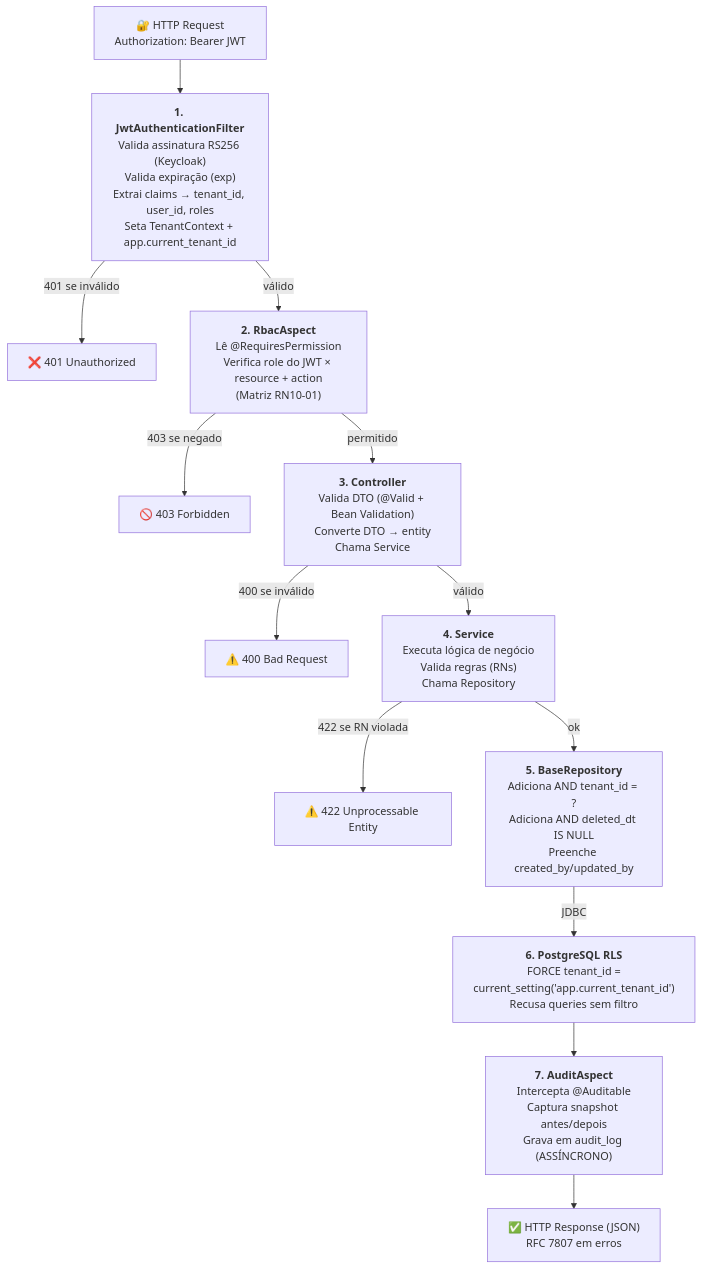
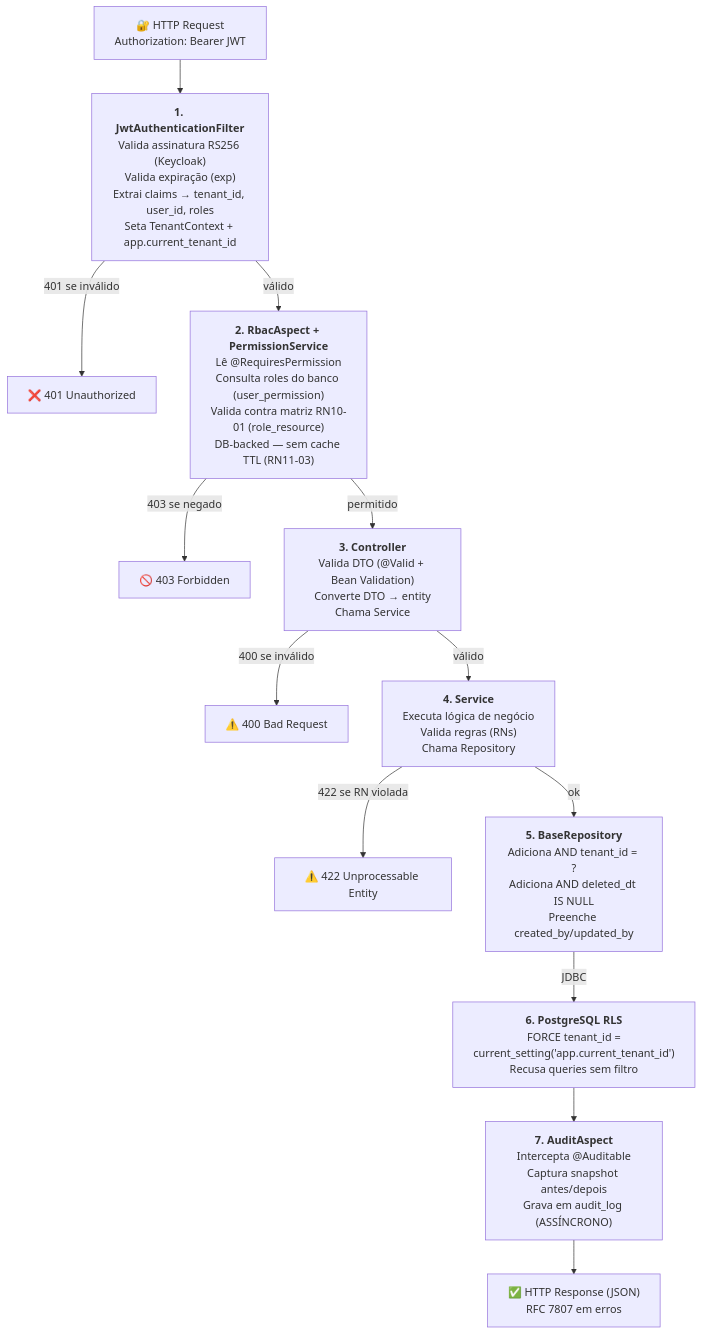
The fifth of 8 diagrams in backend/java/spring/microservices/ms-fbso-platform-admin/.specs/business-projects/PRJ-FIN-2026-0003-SAAS-FBSO-ORG/ARCHITECTURE.md (bolismar69/workspace-fbso), drawn with Mermaid before and after one commit. The commit also changed other lines of this file and 27 other files, not shown here.

````diff
--- a/backend/java/spring/microservices/ms-fbso-platform-admin/.specs/business-projects/PRJ-FIN-2026-0003-SAAS-FBSO-ORG/ARCHITECTURE.md
+++ b/backend/java/spring/microservices/ms-fbso-platform-admin/.specs/business-projects/PRJ-FIN-2026-0003-SAAS-FBSO-ORG/ARCHITECTURE.md
@@ -352,15 +352,15 @@
 ```mermaid
 flowchart TD
     req["🔐 HTTP Request<br/>Authorization: Bearer JWT"] --> jwtFilter["<b>1. JwtAuthenticationFilter</b><br/>Valida assinatura RS256 (Keycloak)<br/>Valida expiração (exp)<br/>Extrai claims → tenant_id, user_id, roles<br/>Seta TenantContext + app.current_tenant_id"]
     jwtFilter -->|"401 se inválido"| error401["❌ 401 Unauthorized"]
-    jwtFilter -->|"válido"| rbac["<b>2. RbacAspect</b><br/>Lê @RequiresPermission<br/>Verifica role do JWT × resource + action<br/>(Matriz RN10-01)"]
+    jwtFilter -->|"válido"| rbac["<b>2. RbacAspect + PermissionService</b><br/>Lê @RequiresPermission<br/>Consulta roles do banco (user_permission)<br/>Valida contra matriz RN10-01 (role_resource)<br/>DB-backed — sem cache TTL (RN11-03)"]
     rbac -->|"403 se negado"| error403["🚫 403 Forbidden"]
     rbac -->|"permitido"| controller["<b>3. Controller</b><br/>Valida DTO (@Valid + Bean Validation)<br/>Converte DTO → entity<br/>Chama Service"]
     controller -->|"400 se inválido"| error400["⚠️ 400 Bad Request"]
     controller -->|"válido"| service["<b>4. Service</b><br/>Executa lógica de negócio<br/>Valida regras (RNs)<br/>Chama Repository"]
     service -->|"422 se RN violada"| error422["⚠️ 422 Unprocessable Entity"]
     service -->|"ok"| repo["<b>5. BaseRepository</b><br/>Adiciona AND tenant_id = ?<br/>Adiciona AND deleted_dt IS NULL<br/>Preenche created_by/updated_by"]
     repo -->|"JDBC"| rls["<b>6. PostgreSQL RLS</b><br/>FORCE tenant_id =<br/>current_setting('app.current_tenant_id')<br/>Recusa queries sem filtro"]
     rls --> audit["<b>7. AuditAspect</b><br/>Intercepta @Auditable<br/>Captura snapshot antes/depois<br/>Grava em audit_log (ASSÍNCRONO)"]
     audit --> res["✅ HTTP Response (JSON)<br/>RFC 7807 em erros"]
 ```
````
